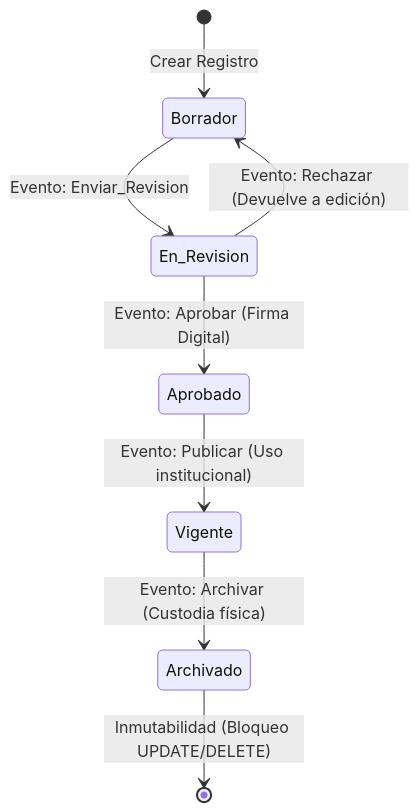
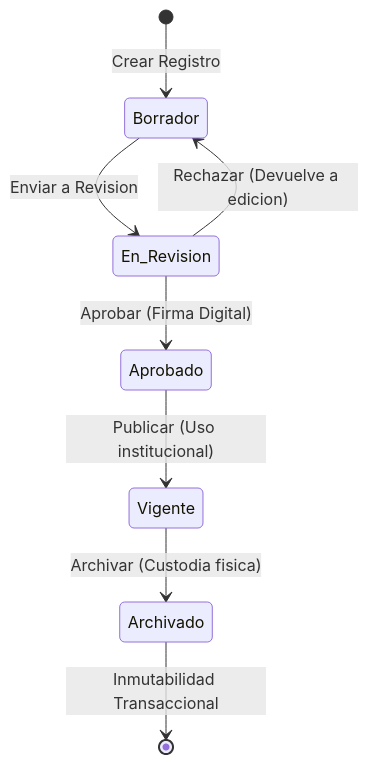
Diagram 15 of 16 in informe_final_proyecto_grado.md (4R13L-D3NY5/archi-vite), drawn with Mermaid before and after one commit. The commit also changed other lines of this file and 49 other files, not shown here.

````diff
--- a/informe_final_proyecto_grado.md
+++ b/informe_final_proyecto_grado.md
@@ -1033,10 +940,10 @@
 ```mermaid
 stateDiagram-v2
     [*] --> Borrador : Crear Registro
-    Borrador --> En_Revision : Evento: Enviar_Revision
-    En_Revision --> Borrador : Evento: Rechazar (Devuelve a edición)
-    En_Revision --> Aprobado : Evento: Aprobar (Firma Digital)
-    Aprobado --> Vigente : Evento: Publicar (Uso institucional)
-    Vigente --> Archivado : Evento: Archivar (Custodia física)
-    Archivado --> [*] : Inmutabilidad (Bloqueo UPDATE/DELETE)
+    Borrador --> En_Revision : Enviar a Revision
+    En_Revision --> Borrador : Rechazar (Devuelve a edicion)
+    En_Revision --> Aprobado : Aprobar (Firma Digital)
+    Aprobado --> Vigente : Publicar (Uso institucional)
+    Vigente --> Archivado : Archivar (Custodia fisica)
+    Archivado --> [*] : Inmutabilidad Transaccional
 ```
````
